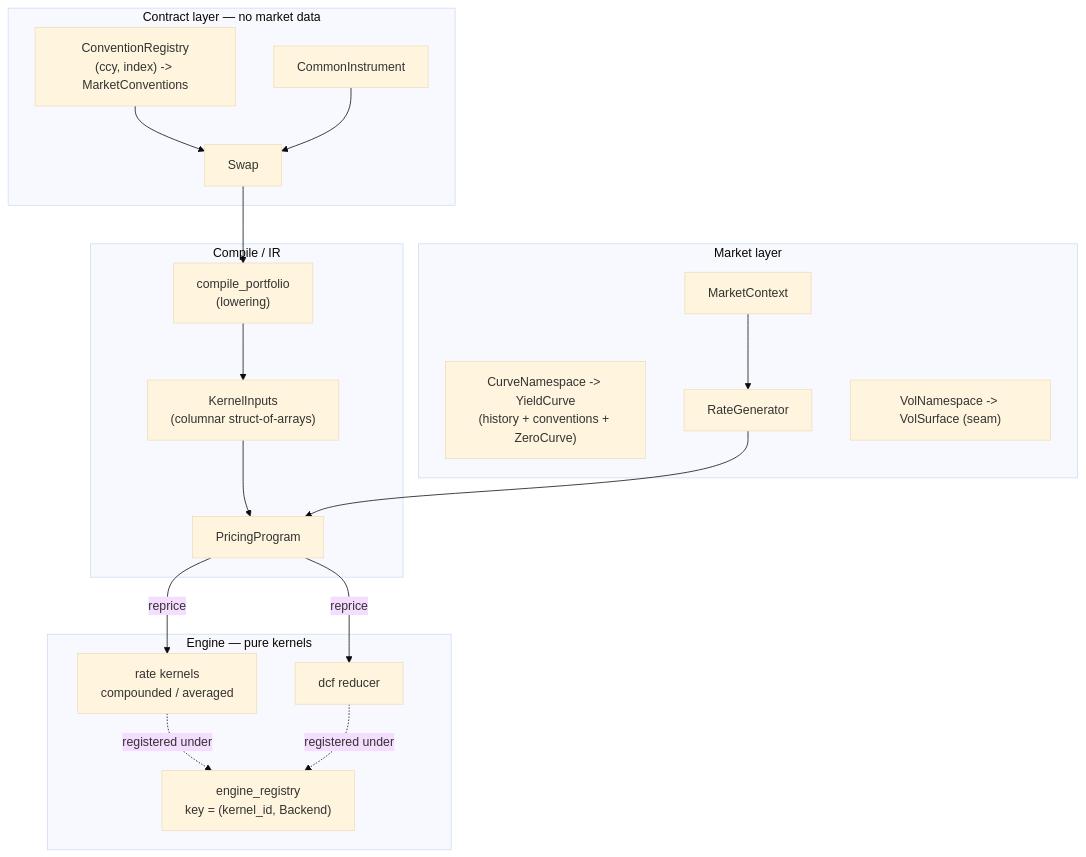
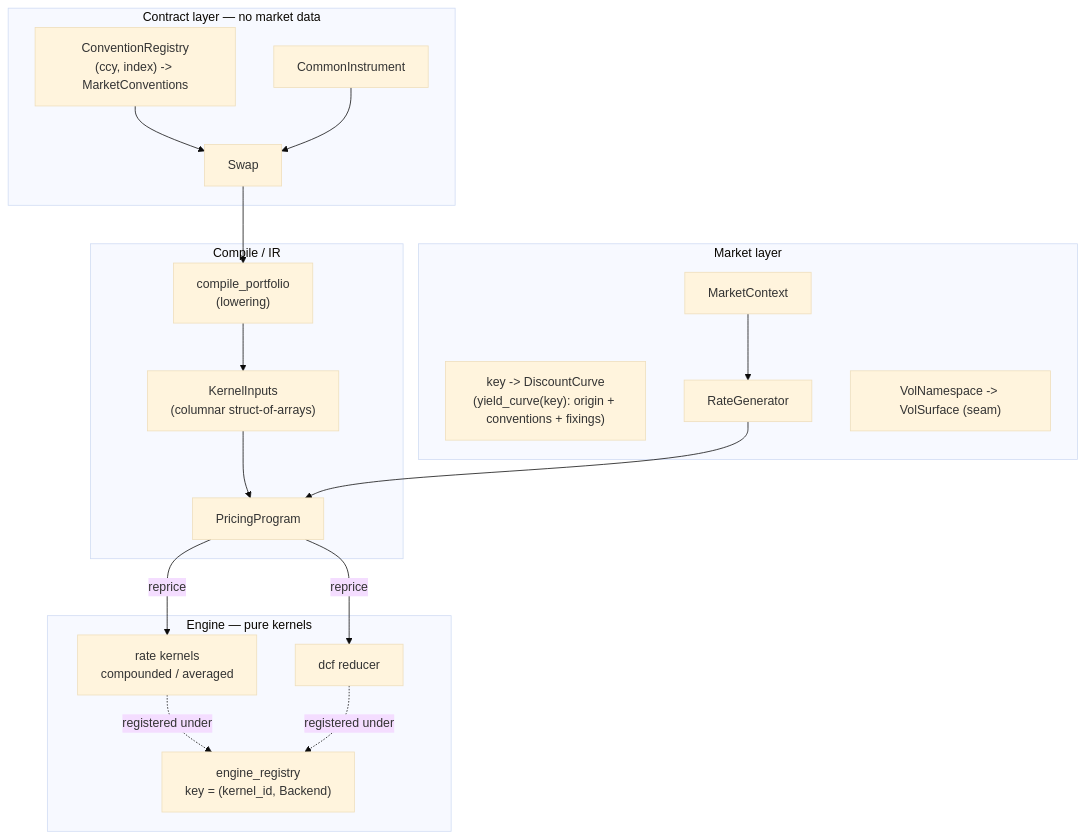
One commit to rudetastic13/quant-toolkit changed the second of 4 diagrams in docs/pricing_architecture.md. Above: the diagram before and after it, drawn with Mermaid (base theme). The commit also changed other lines of this file and 42 other files, not shown here.

````diff
--- a/docs/pricing_architecture.md
+++ b/docs/pricing_architecture.md
@@ -87,33 +87,33 @@
 ```mermaid
 flowchart TB
     subgraph CONTRACT["Contract layer — no market data"]
         CONV["ConventionRegistry<br/>(ccy, index) -> MarketConventions"]
         CI["CommonInstrument"]
         RS2["Swap"]
     end
     subgraph MARKET["Market layer"]
         MC["MarketContext"]
-        CN["CurveNamespace -> YieldCurve<br/>(history + conventions + ZeroCurve)"]
+        CN["key -> DiscountCurve<br/>(yield_curve(key): origin + conventions + fixings)"]
         RG["RateGenerator"]
         VN["VolNamespace -> VolSurface (seam)"]
     end
     subgraph COMPILE["Compile / IR"]
         CMP["compile_portfolio<br/>(lowering)"]
         KI["KernelInputs<br/>(columnar struct-of-arrays)"]
         PP2["PricingProgram"]
     end
     subgraph ENGINE["Engine — pure kernels"]
         REG["engine_registry<br/>key = (kernel_id, Backend)"]
         RK["rate kernels<br/>compounded / averaged"]
         DCF["dcf reducer"]
     end
 
     CONV --> RS2
     CI --> RS2
     RS2 --> CMP --> KI --> PP2
     MC --> RG --> PP2
     PP2 -- "reprice" --> RK
     PP2 -- "reprice" --> DCF
     RK -. "registered under" .-> REG
     DCF -. "registered under" .-> REG
 ```
````
